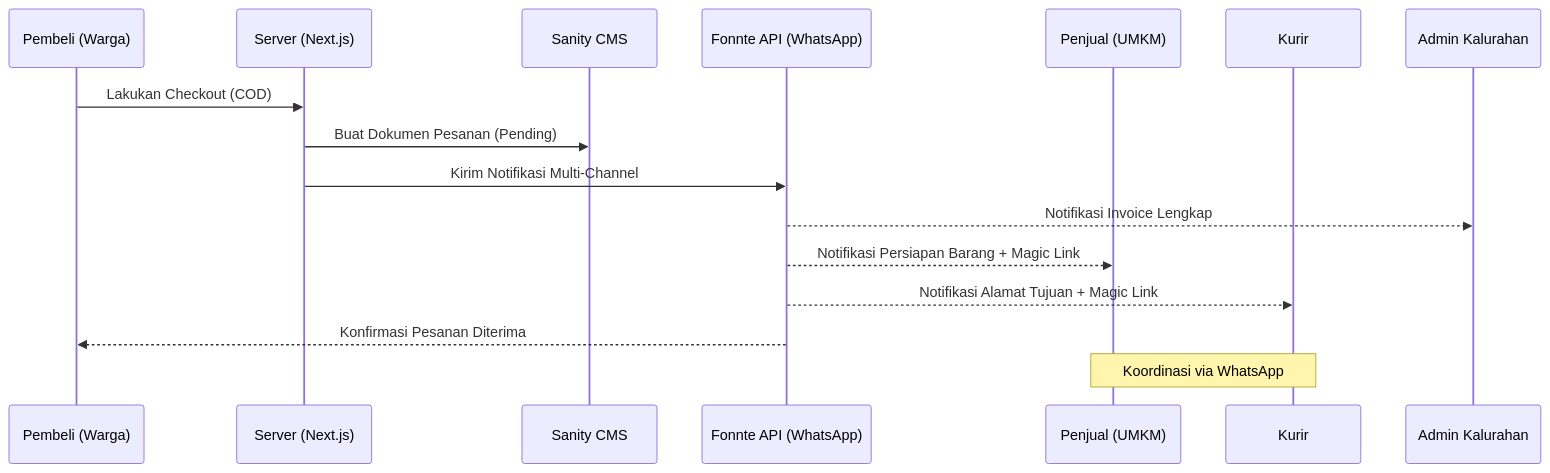
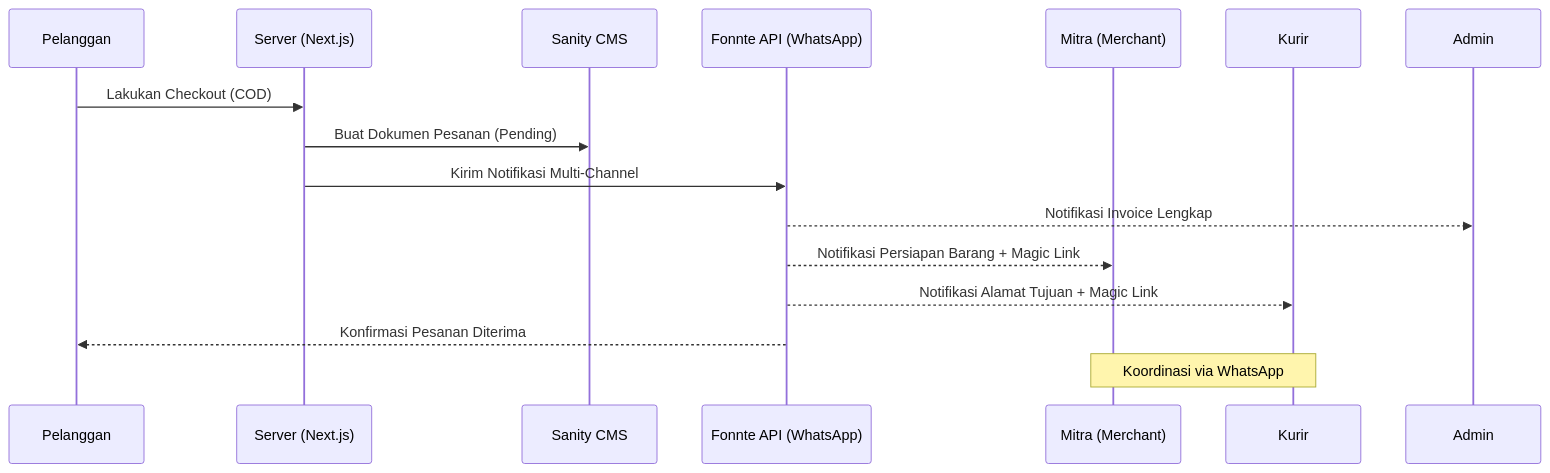
Before and after one commit to diskonnekted/anterbae: the first of 3 diagrams in DIAGRAM_ALUR.md, drawn with Mermaid. The commit also changed other lines of this file and 13 other files, not shown here.

````diff
--- a/DIAGRAM_ALUR.md
+++ b/DIAGRAM_ALUR.md
@@ -6,20 +6,20 @@
 ```mermaid
 sequenceDiagram
-    participant P as Pembeli (Warga)
+    participant P as Pelanggan
     participant S as Server (Next.js)
     participant DB as Sanity CMS
     participant WA as Fonnte API (WhatsApp)
-    participant V as Penjual (UMKM)
+    participant V as Mitra (Merchant)
     participant K as Kurir
-    participant A as Admin Kalurahan
+    participant A as Admin
 
     P->>S: Lakukan Checkout (COD)
     S->>DB: Buat Dokumen Pesanan (Pending)
     S->>WA: Kirim Notifikasi Multi-Channel
     WA-->>A: Notifikasi Invoice Lengkap
     WA-->>V: Notifikasi Persiapan Barang + Magic Link
     WA-->>K: Notifikasi Alamat Tujuan + Magic Link
     WA-->>P: Konfirmasi Pesanan Diterima
     
     Note over V,K: Koordinasi via WhatsApp
 ```
````
